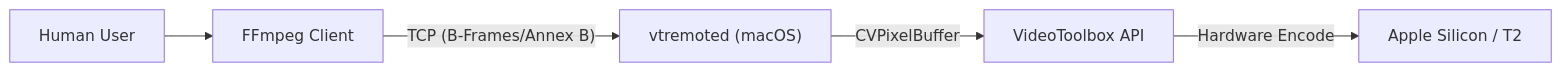
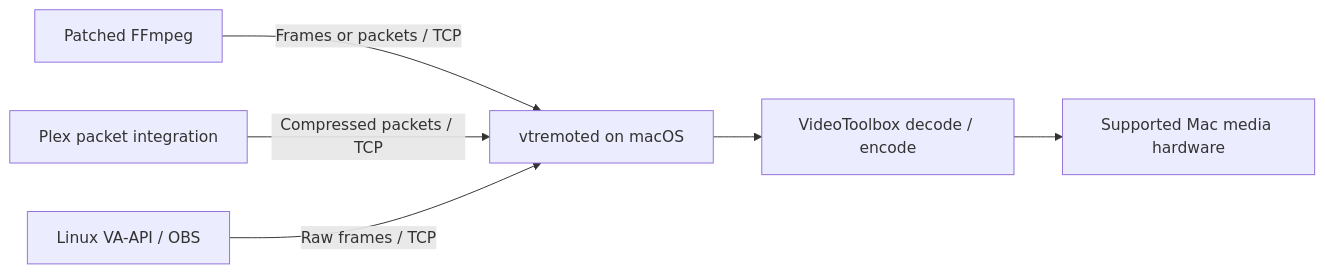
Before and after one commit to davelindo/videotoolbox_remote: the diagram in docs/architecture.md, drawn with Mermaid. The commit also changed other lines of this file and 25 other files, not shown here.

````diff
--- a/docs/architecture.md
+++ b/docs/architecture.md
@@ -14,7 +14,8 @@
 ```mermaid
 flowchart LR
-    User["Human User"] --> Client["FFmpeg Client"]
-    Client -->|"TCP (B-Frames/Annex B)"| Server["vtremoted (macOS)"]
-    Server -->|CVPixelBuffer| VT["VideoToolbox API"]
-    VT -->|"Hardware Encode"| HW["Apple Silicon / T2"]
+    Client["Patched FFmpeg"] -->|"Frames or packets / TCP"| Server["vtremoted on macOS"]
+    Plex["Plex packet integration"] -->|"Compressed packets / TCP"| Server
+    VA["Linux VA-API / OBS"] -->|"Raw frames / TCP"| Server
+    Server --> VT["VideoToolbox decode / encode"]
+    VT --> HW["Supported Mac media hardware"]
 ```
````
